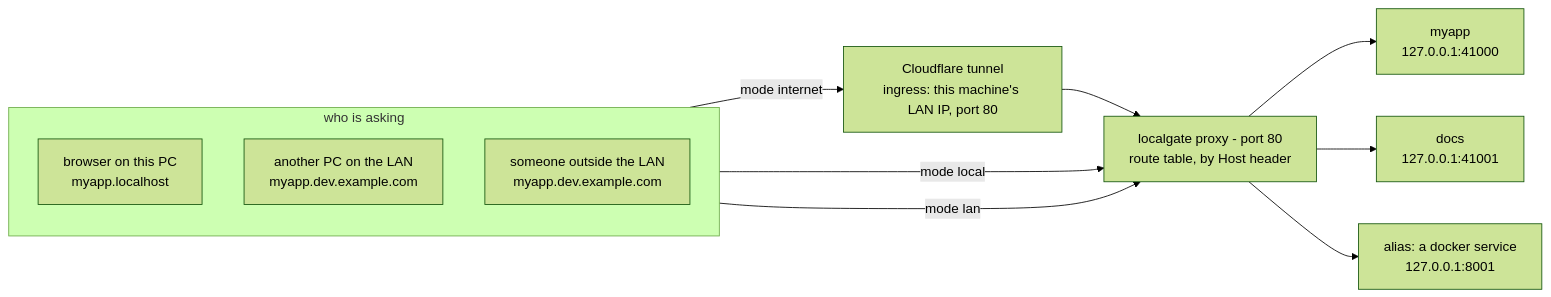
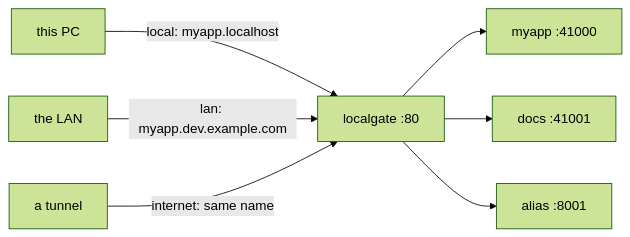
The first of 2 diagrams in README.md (ludekvodicka/LocalGate), drawn with Mermaid (forest theme) before and after one commit. The commit also changed other lines of this file, not shown here.

First line of the commit message:
Narrow both README diagrams and drop the HTML line breaks GitHub does not render

````diff
--- a/README.md
+++ b/README.md
@@ -33,19 +34,12 @@
 ```mermaid
 flowchart LR
-    subgraph reach["who is asking"]
-        direction TB
-        browser["browser on this PC<br/>myapp.localhost"]
-        lan["another PC on the LAN<br/>myapp.dev.example.com"]
-        net["someone outside the LAN<br/>myapp.dev.example.com"]
-    end
+    local["this PC"] -->|"local: myapp.localhost"| proxy
+    lan["the LAN"] -->|"lan: myapp.dev.example.com"| proxy
+    net["a tunnel"] -->|"internet: same name"| proxy
 
-    browser -->|mode local| proxy
-    lan -->|mode lan| proxy
-    net -->|mode internet| tunnel["Cloudflare tunnel<br/>ingress: this machine's LAN IP, port 80"] --> proxy
+    proxy["localgate :80"]
 
-    proxy["localgate proxy - port 80<br/>route table, by Host header"]
-
-    proxy --> app1["myapp<br/>127.0.0.1:41000"]
-    proxy --> app2["docs<br/>127.0.0.1:41001"]
-    proxy --> alias["alias: a docker service<br/>127.0.0.1:8001"]
+    proxy --> app1["myapp :41000"]
+    proxy --> app2["docs :41001"]
+    proxy --> alias["alias :8001"]
 ```
````
